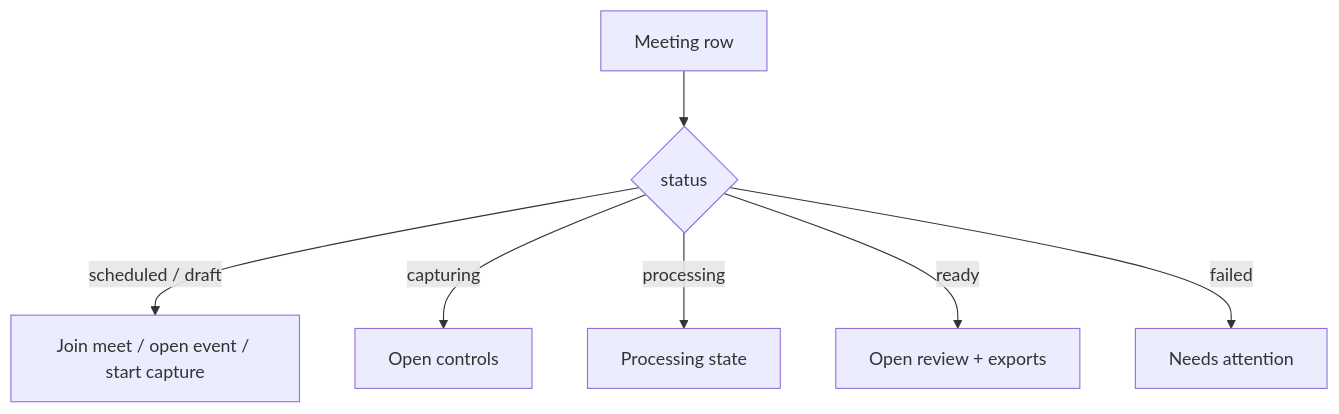
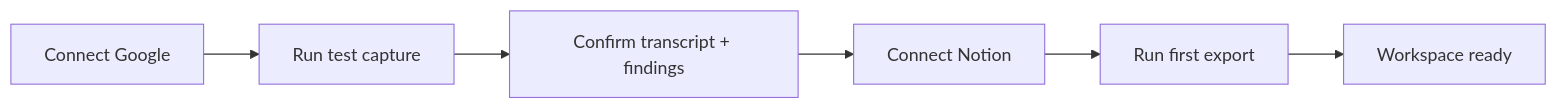
The seventh of 12 diagrams in docs/production-readiness-report.md (krishna0605/NextStop.AI-Web), drawn with Mermaid before and after one commit. The commit also changed other lines of this file and 120 other files, not shown here.

Commit message:
feat(web): harden durable meeting flows, ops readiness, and local auth

````diff
--- a/docs/production-readiness-report.md
+++ b/docs/production-readiness-report.md
@@ -482,9 +635,8 @@
 ```mermaid
-flowchart TD
-  A["Meeting row"] --> B{"status"}
-  B -- "scheduled / draft" --> C["Join meet / open event / start capture"]
-  B -- "capturing" --> D["Open controls"]
-  B -- "processing" --> E["Processing state"]
-  B -- "ready" --> F["Open review + exports"]
-  B -- "failed" --> G["Needs attention"]
+flowchart LR
+    ConnectGoogle["Connect Google"] --> TestCapture["Run test capture"]
+    TestCapture --> VerifyAI["Confirm transcript + findings"]
+    VerifyAI --> ConnectNotion["Connect Notion"]
+    ConnectNotion --> FirstExport["Run first export"]
+    FirstExport --> Ready["Workspace ready"]
 ```
````
